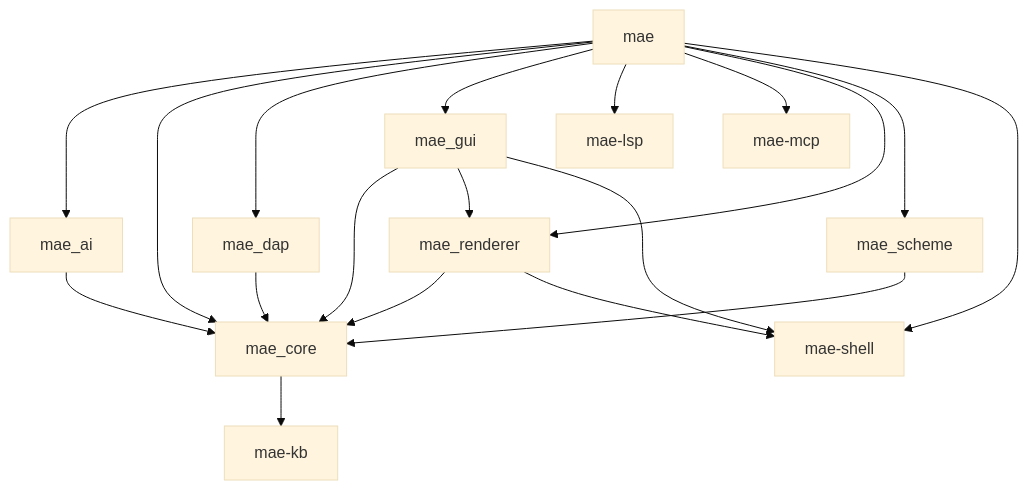
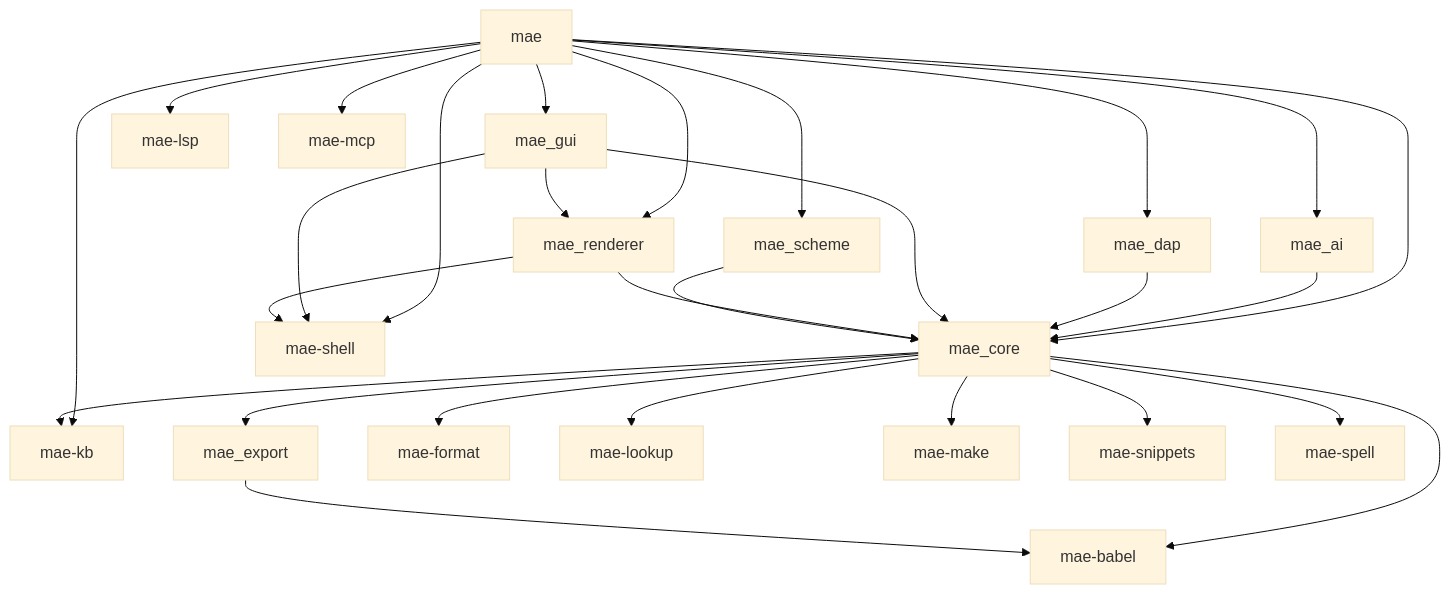
Before and after one commit to cuttlefisch/mae: the diagram in docs/CODE_MAP.md, drawn with Mermaid (base theme). The commit also changed other lines of this file and 12 other files, not shown here.

````diff
--- a/docs/CODE_MAP.md
+++ b/docs/CODE_MAP.md
@@ -7,25 +7,40 @@
 ```mermaid
 graph TD
     mae --> mae_ai
     mae --> mae_core
     mae --> mae_dap
     mae --> mae_gui
+    mae --> mae_kb
     mae --> mae_lsp
     mae --> mae_mcp
     mae --> mae_renderer
     mae --> mae_scheme
     mae --> mae_shell
     mae_ai --> mae_core
+    mae_babel[mae-babel]
+    mae_core --> mae_babel
+    mae_core --> mae_export
+    mae_core --> mae_format
     mae_core --> mae_kb
+    mae_core --> mae_lookup
+    mae_core --> mae_make
+    mae_core --> mae_snippets
+    mae_core --> mae_spell
     mae_dap --> mae_core
+    mae_export --> mae_babel
+    mae_format[mae-format]
     mae_gui --> mae_core
     mae_gui --> mae_renderer
     mae_gui --> mae_shell
     mae_kb[mae-kb]
+    mae_lookup[mae-lookup]
     mae_lsp[mae-lsp]
+    mae_make[mae-make]
     mae_mcp[mae-mcp]
     mae_renderer --> mae_core
     mae_renderer --> mae_shell
     mae_scheme --> mae_core
     mae_shell[mae-shell]
+    mae_snippets[mae-snippets]
+    mae_spell[mae-spell]
 ```
````
